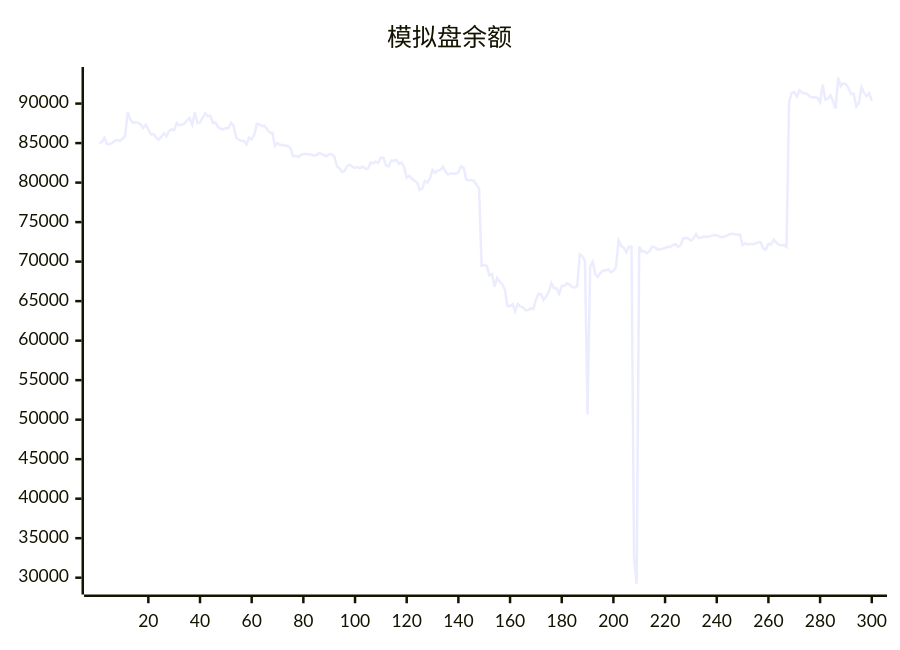
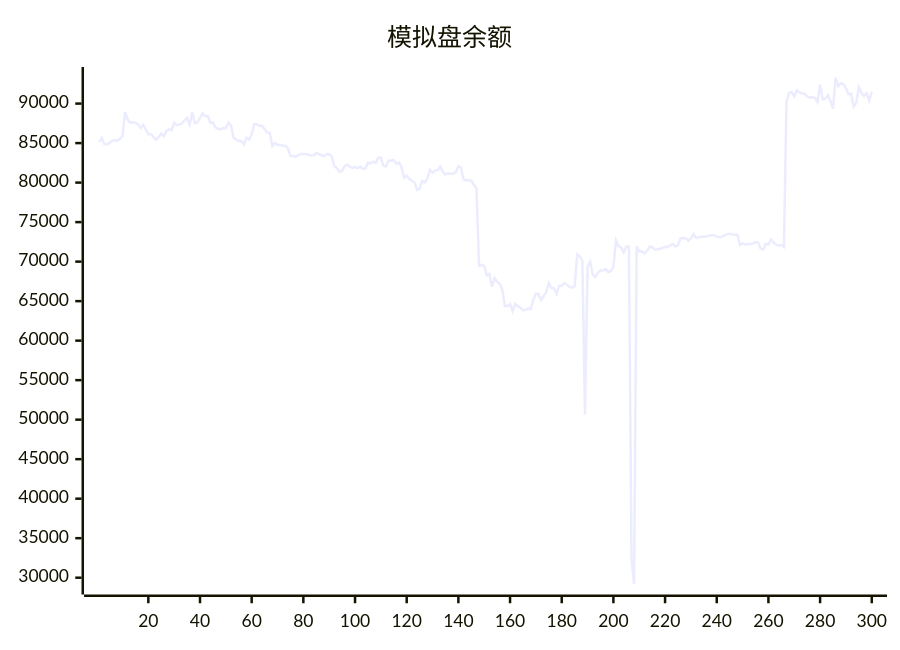
The diagram in README.md (aahl/ai-trading), drawn with Mermaid before and after one commit. The commit also changed other lines of this file and 1 other file, not shown here.

````diff
--- a/README.md
+++ b/README.md
@@ -5,5 +5,5 @@
 ```mermaid
 xychart
     title "模拟盘余额"
-    line [85004,85131,85674,84891,84864,85019,85284,85393,85294,85538,85894,88904,88012,87567,87625,87568,87386,86920,87313,86737,86094,86143,85725,85437,85787,86219,85859,86526,86740,86630,87563,87264,87335,87483,87886,88180,87335,88894,87544,87608,88207,88755,88401,88444,87543,87608,87000,86810,86740,86894,86884,87576,87209,85686,85435,85251,85255,84820,85689,85453,86066,87420,87373,87161,87178,86740,86341,86315,84643,85012,84772,84768,84690,84635,84376,83360,83357,83259,83474,83608,83606,83602,83548,83440,83454,83724,83644,83464,83365,83590,83592,83275,82072,81806,81344,81492,82109,82254,82006,81848,81955,81829,82022,81769,81776,82522,82441,82656,82498,83144,83144,82150,82038,82797,82763,82872,82367,82536,81981,80612,80862,80484,80242,80034,79063,79245,80226,80016,80507,81625,81233,81544,81578,82016,81401,81019,81186,81130,81118,81306,82066,81909,80392,80304,80291,80258,79729,79261,69466,69579,69456,68251,68415,66832,67911,67462,67144,66432,64380,64375,64606,63740,64647,64324,64216,63842,63877,64078,64008,65156,65945,65888,65157,65625,66144,67284,66653,66639,65924,66925,66956,67263,67108,66766,66729,66886,70927,70673,70049,50652,69334,69973,68400,68061,68578,68876,68879,69055,68662,68822,69329,72687,71999,71760,71162,71911,71896,32500,29218,71927,71297,71305,71044,71337,71883,71822,71536,71536,71622,71723,71880,71860,72100,72216,71887,72077,72940,72976,72966,72638,72948,73497,73004,73041,73173,73160,73186,73258,73375,73351,73173,73098,73161,73305,73474,73536,73457,73413,73412,72100,72333,72164,72272,72204,72285,72461,72421,71652,71521,72267,72157,72774,72424,72144,72060,72091,71858,90185,91338,91466,90900,91678,91404,91268,91244,90903,90779,90787,90721,90187,92429,90518,90619,91070,90328,89376,93286,92202,92581,92485,91947,91196,91259,89619,90086,92063,91355,90950,91327,90373]
+    line [85131,85674,84891,84864,85019,85284,85393,85294,85538,85894,88904,88012,87567,87625,87568,87386,86920,87313,86737,86094,86143,85725,85437,85787,86219,85859,86526,86740,86630,87563,87264,87335,87483,87886,88180,87335,88894,87544,87608,88207,88755,88401,88444,87543,87608,87000,86810,86740,86894,86884,87576,87209,85686,85435,85251,85255,84820,85689,85453,86066,87420,87373,87161,87178,86740,86341,86315,84643,85012,84772,84768,84690,84635,84376,83360,83357,83259,83474,83608,83606,83602,83548,83440,83454,83724,83644,83464,83365,83590,83592,83275,82072,81806,81344,81492,82109,82254,82006,81848,81955,81829,82022,81769,81776,82522,82441,82656,82498,83144,83144,82150,82038,82797,82763,82872,82367,82536,81981,80612,80862,80484,80242,80034,79063,79245,80226,80016,80507,81625,81233,81544,81578,82016,81401,81019,81186,81130,81118,81306,82066,81909,80392,80304,80291,80258,79729,79261,69466,69579,69456,68251,68415,66832,67911,67462,67144,66432,64380,64375,64606,63740,64647,64324,64216,63842,63877,64078,64008,65156,65945,65888,65157,65625,66144,67284,66653,66639,65924,66925,66956,67263,67108,66766,66729,66886,70927,70673,70049,50652,69334,69973,68400,68061,68578,68876,68879,69055,68662,68822,69329,72687,71999,71760,71162,71911,71896,32500,29218,71927,71297,71305,71044,71337,71883,71822,71536,71536,71622,71723,71880,71860,72100,72216,71887,72077,72940,72976,72966,72638,72948,73497,73004,73041,73173,73160,73186,73258,73375,73351,73173,73098,73161,73305,73474,73536,73457,73413,73412,72100,72333,72164,72272,72204,72285,72461,72421,71652,71521,72267,72157,72774,72424,72144,72060,72091,71858,90185,91338,91466,90900,91678,91404,91268,91244,90903,90779,90787,90721,90187,92429,90518,90619,91070,90328,89376,93286,92202,92581,92485,91947,91196,91259,89619,90086,92063,91355,90950,91327,90373,91498]
 ```
````
